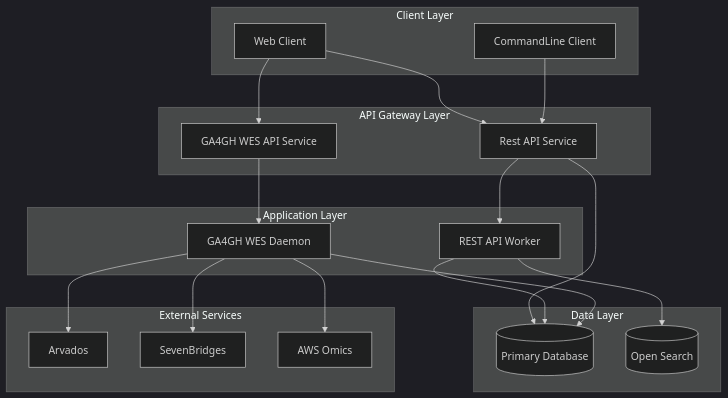
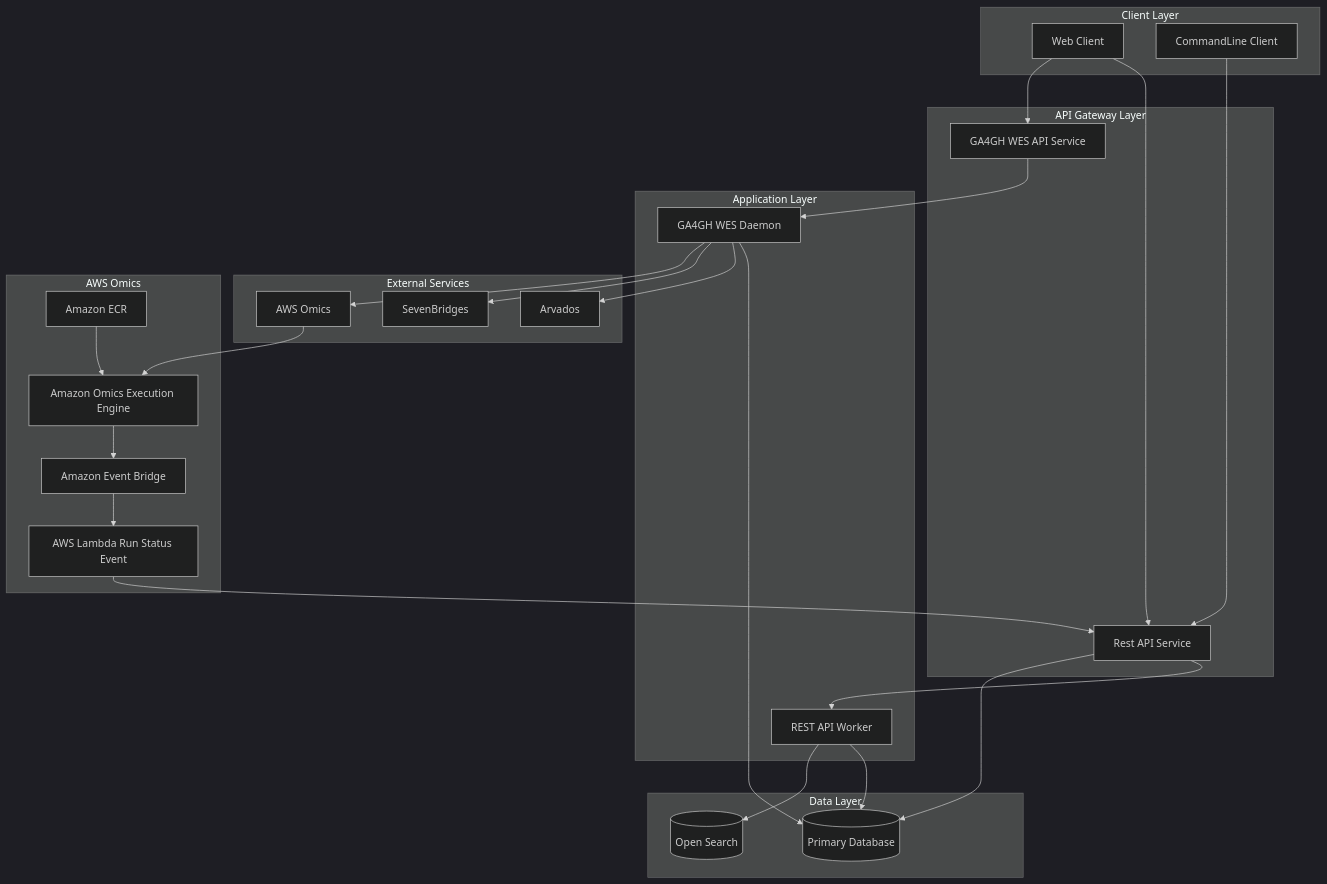
The first of 3 diagrams in architecture-diagram.md (NGS360/Documentation), drawn with Mermaid (dark theme) before and after one commit.

Commit message:
Enhance architecture diagram with AWS Omics details
Implementing RunStatusEvent Handler Lambda Function to update workflows from Omics.  Based on:

https://aws.amazon.com/blogs/industries/enhance-monitoring-and-observability-for-aws-healthomics-workflows/Added AWS Omics subgraph and connections to the architecture diagram.

````diff
--- a/architecture-diagram.md
+++ b/architecture-diagram.md
@@ -7,51 +7,64 @@
 ```mermaid
 graph TD
     %% Client Layer
     subgraph "Client Layer"
         WebClient[Web Client]
         CommandLineClient[CommandLine Client]
     end
 
     %% API Gateway Layer
     subgraph "API Gateway Layer"
         RESTAPIService[Rest API Service]
         GA4GHWESAPIService[GA4GH WES API Service]
     end
 
     %% Application Layer
     subgraph "Application Layer"
         RESTAPIWorker[REST API Worker]
         GA4GHWESDaemon[GA4GH WES Daemon]
     end
 
     %% Data Layer
     subgraph "Data Layer"
         PrimaryDB[(Primary Database)]
         OpenSearch[(Open Search)]
     end
 
     %% External Services
     subgraph "External Services"
         Arvados[Arvados]
         SevenBridges[SevenBridges]
         AWSOmics[AWS Omics]
     end
 
+    %% AWS Omics
+    subgraph "AWS Omics"
+        AmazonECR[Amazon ECR]
+        OmicsExecutionEngine[Amazon Omics Execution Engine]
+        AmazonEventBridge[Amazon Event Bridge]
+        LambdaRunStatusEvent[AWS Lambda Run Status Event]
+    end
+
     %% Connections
     WebClient --> RESTAPIService
     CommandLineClient --> RESTAPIService
     WebClient --> GA4GHWESAPIService
 
     RESTAPIService --> RESTAPIWorker
     GA4GHWESAPIService --> GA4GHWESDaemon
 
     RESTAPIService --> PrimaryDB
     RESTAPIWorker --> PrimaryDB
     GA4GHWESDaemon --> PrimaryDB
     RESTAPIWorker --> OpenSearch
 
     GA4GHWESDaemon --> Arvados
     GA4GHWESDaemon --> SevenBridges
     GA4GHWESDaemon --> AWSOmics
 
+    AWSOmics --> OmicsExecutionEngine
+    AmazonECR --> OmicsExecutionEngine
+    OmicsExecutionEngine --> AmazonEventBridge
+    AmazonEventBridge --> LambdaRunStatusEvent
+    LambdaRunStatusEvent --> RESTAPIService
 ```
````
